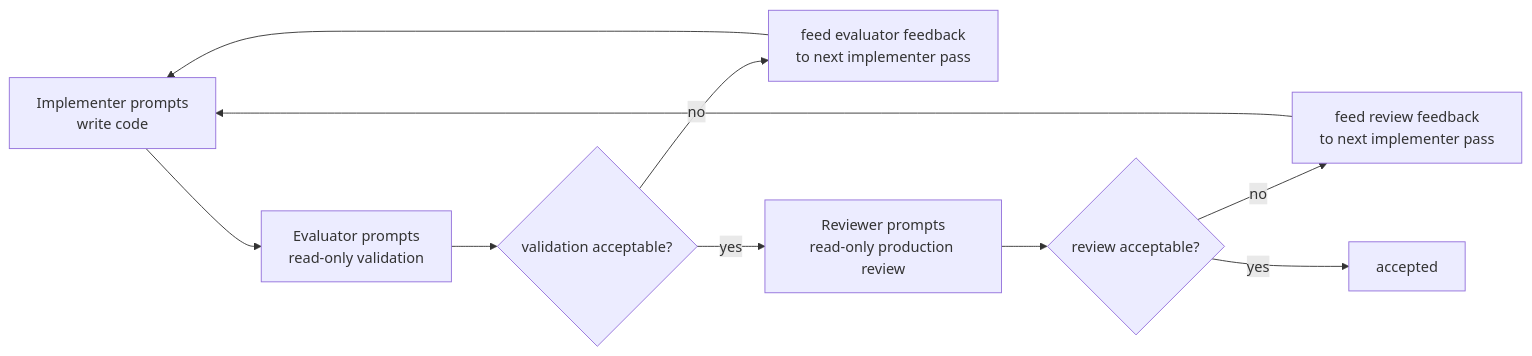
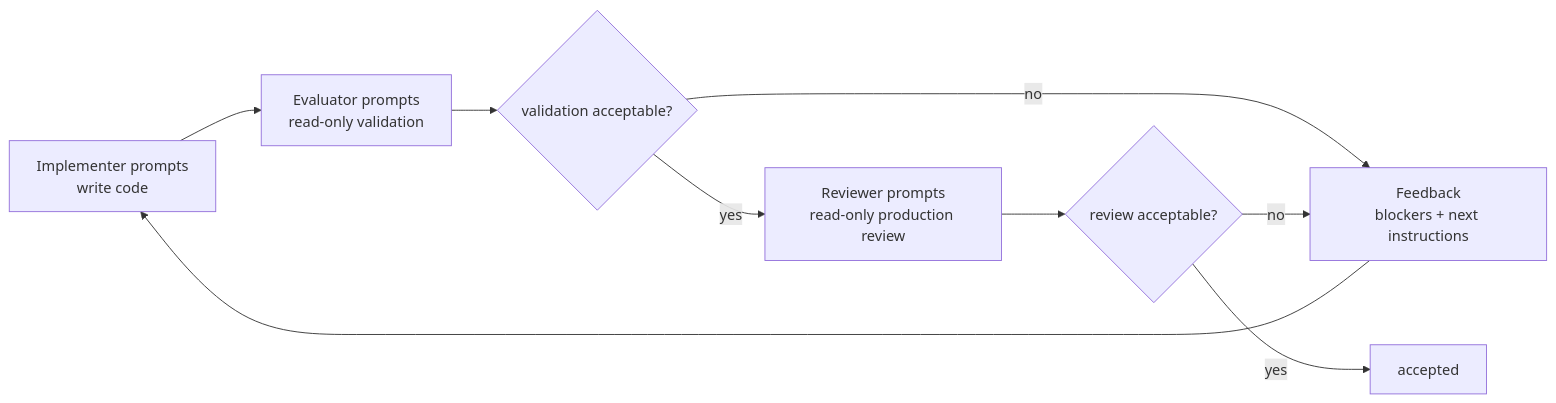
One commit to master-of-null/loopy changed the diagram in README.md. Above: the diagram before and after it, drawn with Mermaid.

Commit message:
Simplify loop diagram

````diff
--- a/README.md
+++ b/README.md
@@ -22,12 +22,11 @@
 ```mermaid
 flowchart LR
     A["Implementer prompts<br/>write code"] --> B["Evaluator prompts<br/>read-only validation"]
     B --> C{"validation acceptable?"}
-    C -- "no" --> D["feed evaluator feedback<br/>to next implementer pass"]
-    D --> A
-    C -- "yes" --> E["Reviewer prompts<br/>read-only production review"]
-    E --> F{"review acceptable?"}
-    F -- "no" --> G["feed review feedback<br/>to next implementer pass"]
-    G --> A
-    F -- "yes" --> H["accepted"]
+    C -- "yes" --> D["Reviewer prompts<br/>read-only production review"]
+    C -- "no" --> F["Feedback<br/>blockers + next instructions"]
+    D --> E{"review acceptable?"}
+    E -- "no" --> F
+    E -- "yes" --> G["accepted"]
+    F --> A
 ```
````
